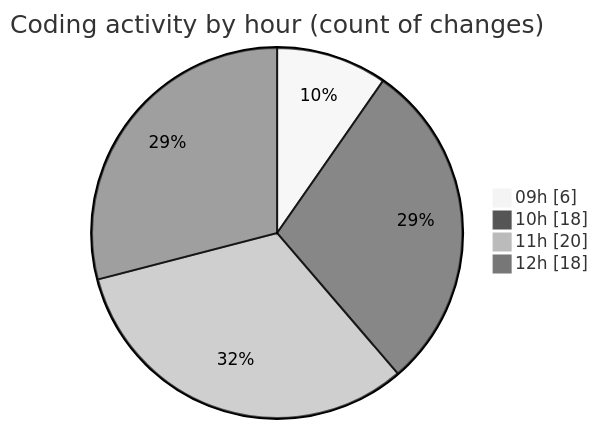
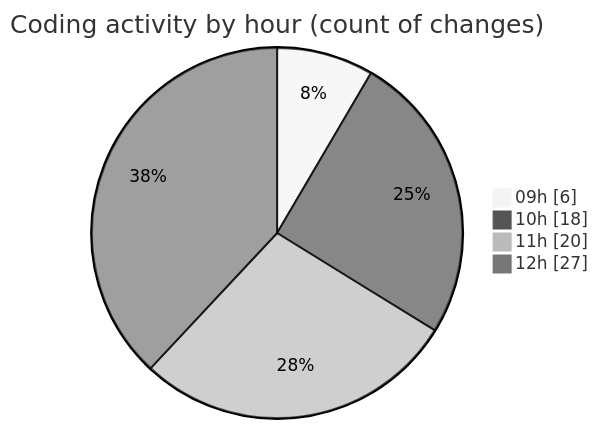
One commit to momahboobian/code-tracking changed the second of 2 diagrams in 2025-06-20/cda/README.md. Above: the diagram before and after it, drawn with Mermaid (neutral theme). The commit also changed other lines of this file and 1 other file, not shown here.

````diff
--- a/2025-06-20/cda/README.md
+++ b/2025-06-20/cda/README.md
@@ -50,8 +50,8 @@
 ```mermaid
 pie showData
 title Coding activity by hour (count of changes)
 "09h" : 6
 "10h" : 18
 "11h" : 20
-"12h" : 18
+"12h" : 27
 ```
````
